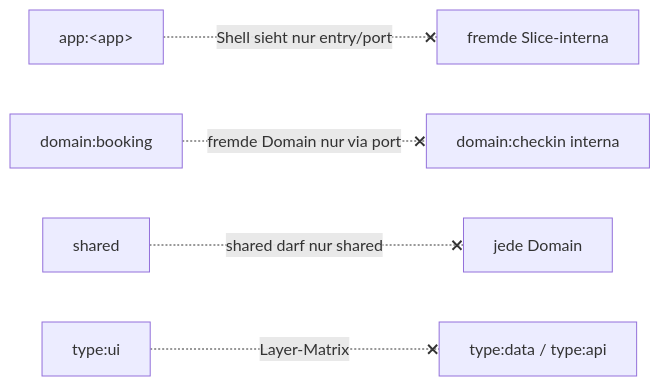
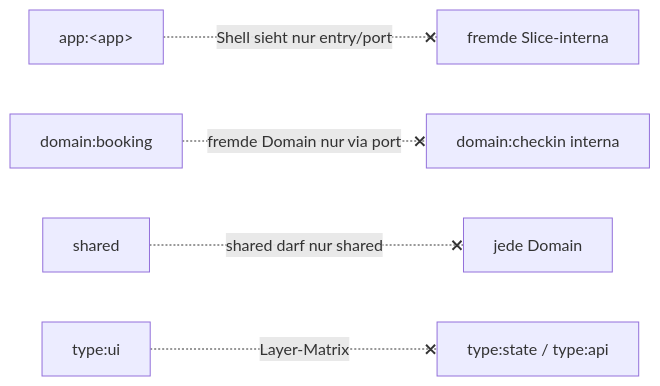
One commit to michaelbe812/sheriff-demos changed the third of 5 diagrams in docs/architecture.md. Above: the diagram before and after it, drawn with Mermaid. The commit also changed other lines of this file and 26 other files, not shown here.

````diff
--- a/docs/architecture.md
+++ b/docs/architecture.md
@@ -158,7 +158,7 @@
 ```mermaid
 graph LR
   shell["app:&lt;app&gt;"] -. "Shell sieht nur entry/port" .-x si["fremde Slice-interna"]
   dom["domain:booking"] -. "fremde Domain nur via port" .-x fi["domain:checkin interna"]
   sh["shared"] -. "shared darf nur shared" .-x dm["jede Domain"]
-  ui["type:ui"] -. "Layer-Matrix" .-x da["type:data / type:api"]
+  ui["type:ui"] -. "Layer-Matrix" .-x da["type:state / type:api"]
 ```
````
